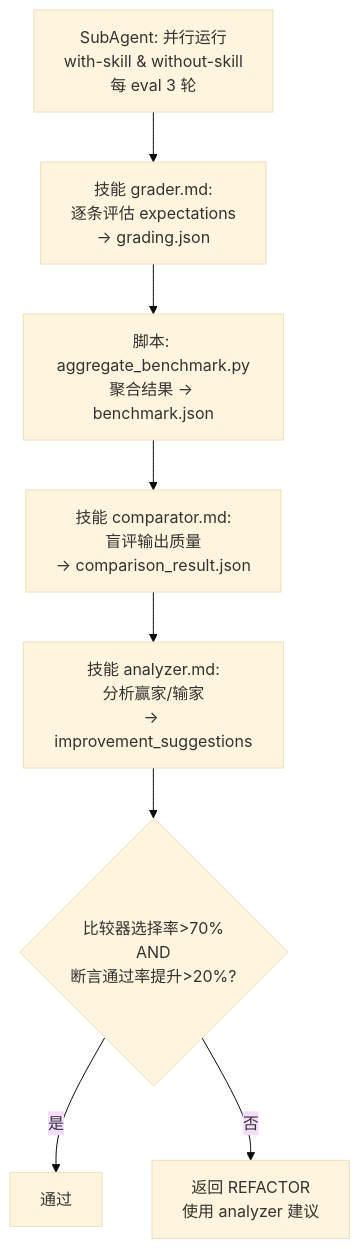
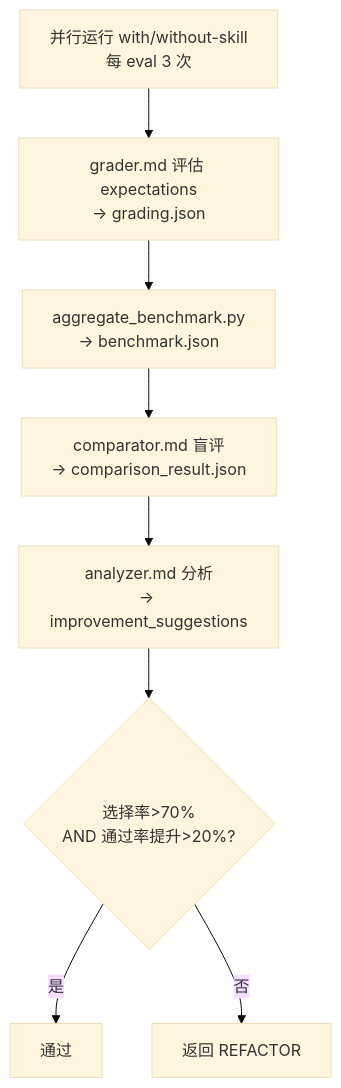
One commit to Z-JaDe/meta-skill changed the fourth of 4 diagrams in skills/meta-skill/SKILL.md. Above: the diagram before and after it, drawn with Mermaid (base theme). The commit also changed other lines of this file and 1 other file, not shown here.

First line of the commit message:
优化 meta-skill 和 ai-doc-optimizer 文档

````diff
--- a/skills/meta-skill/SKILL.md
+++ b/skills/meta-skill/SKILL.md
@@ -163,10 +134,10 @@
 ```mermaid
 flowchart TD
-    S1[SubAgent: 并行运行<br/>with-skill & without-skill<br/>每 eval 3 轮] --> S2[技能 grader.md:<br/>逐条评估 expectations<br/>→ grading.json]
-    S2 --> S3[脚本: aggregate_benchmark.py<br/>聚合结果 → benchmark.json]
-    S3 --> S4[技能 comparator.md:<br/>盲评输出质量<br/>→ comparison_result.json]
-    S4 --> S5[技能 analyzer.md:<br/>分析赢家/输家<br/>→ improvement_suggestions]
-    S5 --> S6{比较器选择率>70%<br/>AND<br/>断言通过率提升>20%?}
+    S1[并行运行 with/without-skill<br/>每 eval 3 次] --> S2[grader.md 评估 expectations<br/>→ grading.json]
+    S2 --> S3[aggregate_benchmark.py<br/>→ benchmark.json]
+    S3 --> S4[comparator.md 盲评<br/>→ comparison_result.json]
+    S4 --> S5[analyzer.md 分析<br/>→ improvement_suggestions]
+    S5 --> S6{选择率>70%<br/>AND 通过率提升>20%?}
     S6 -->|是| Pass[通过]
-    S6 -->|否| Refactor[返回 REFACTOR<br/>使用 analyzer 建议]
+    S6 -->|否| Refactor[返回 REFACTOR]
 ```
````
